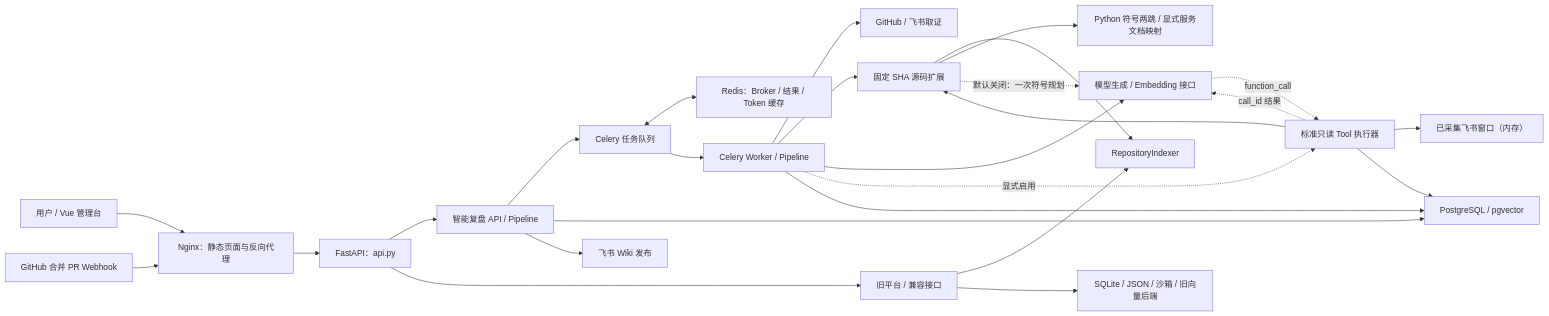
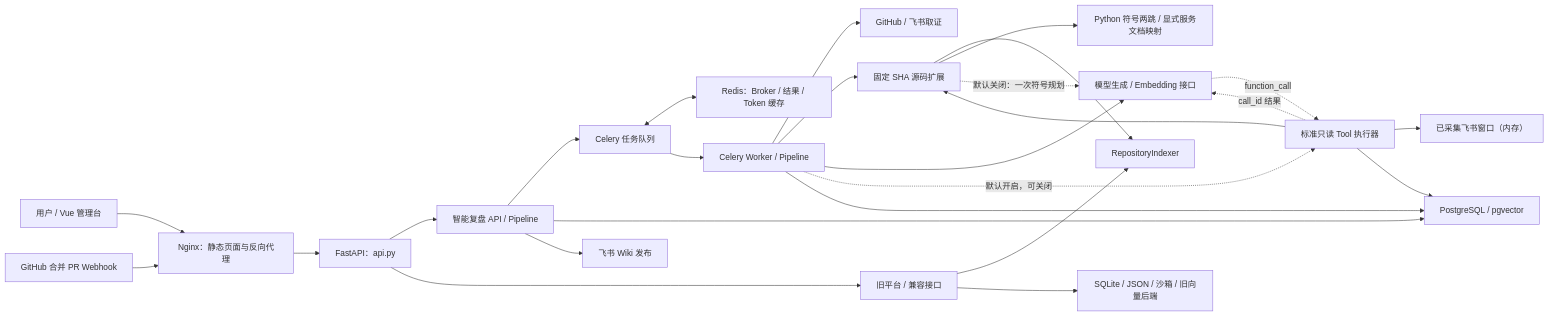
The diagram in docs/architecture.md (CaiRongjiang7/Insight-agent), drawn with Mermaid before and after one commit. The commit also changed other lines of this file and 12 other files, not shown here.

````diff
--- a/docs/architecture.md
+++ b/docs/architecture.md
@@ -27,28 +27,28 @@
 ```mermaid
 flowchart LR
     User["用户 / Vue 管理台"] --> Nginx["Nginx：静态页面与反向代理"]
     GH["GitHub 合并 PR Webhook"] --> Nginx
     Nginx --> API["FastAPI：api.py"]
     API --> Main["智能复盘 API / Pipeline"]
     API --> Legacy["旧平台 / 兼容接口"]
     Main --> Queue["Celery 任务队列"]
     Queue <--> Redis["Redis：Broker / 结果 / Token 缓存"]
     Queue --> Worker["Celery Worker / Pipeline"]
     Worker --> Sources["GitHub / 飞书取证"]
     Worker --> Code["固定 SHA 源码扩展"]
     Code --> Indexer["RepositoryIndexer"]
     Code --> Symbols["Python 符号两跳 / 显式服务文档映射"]
     Code -. "默认关闭：一次符号规划" .-> Model
     Legacy --> Indexer
     Worker --> Model["模型生成 / Embedding 接口"]
-    Worker -. "显式启用" .-> Tools["标准只读 Tool 执行器"]
+    Worker -. "默认开启，可关闭" .-> Tools["标准只读 Tool 执行器"]
     Model -. "function_call" .-> Tools
     Tools -. "call_id 结果" .-> Model
     Tools --> Code
     Tools --> Cached["已采集飞书窗口（内存）"]
     Tools --> DB
     Main --> DB["PostgreSQL / pgvector"]
     Worker --> DB
     Main --> Wiki["飞书 Wiki 发布"]
     Legacy --> Local["SQLite / JSON / 沙箱 / 旧向量后端"]
 ```
````
